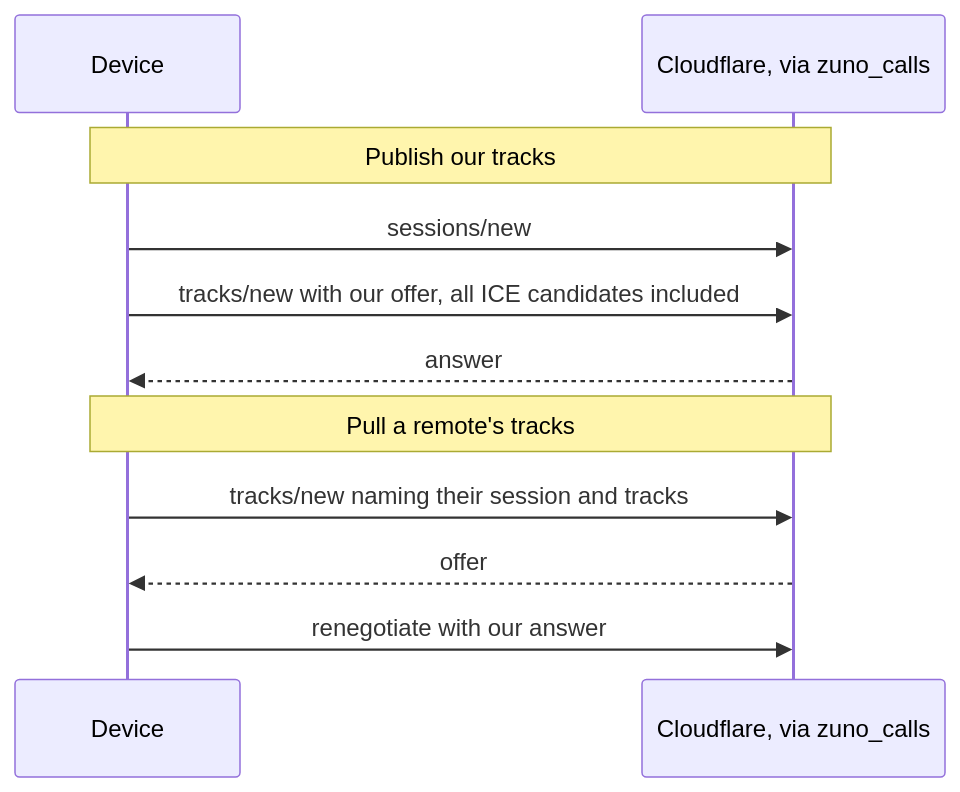
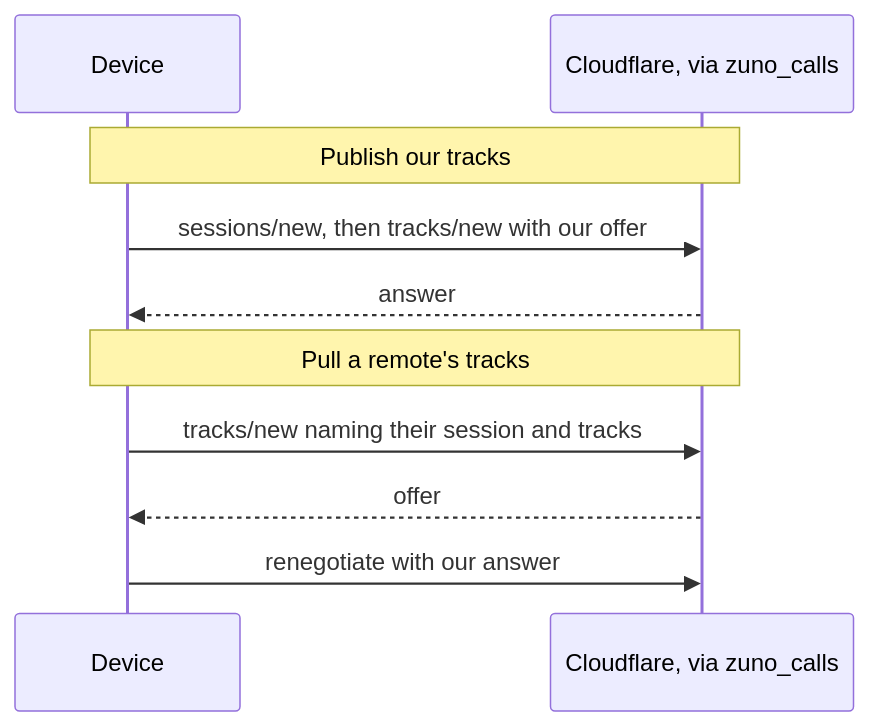
One commit to Zuno-Chat/zuno-chat changed the third of 4 diagrams in docs/features/calls.md. Above: the diagram before and after it, drawn with Mermaid. The commit also changed other lines of this file and 17 other files, not shown here.

````diff
--- a/docs/features/calls.md
+++ b/docs/features/calls.md
@@ -129,13 +104,12 @@
 ```mermaid
 sequenceDiagram
   participant D as Device
   participant C as Cloudflare, via zuno_calls
   Note over D,C: Publish our tracks
-  D->>C: sessions/new
-  D->>C: tracks/new with our offer, all ICE candidates included
+  D->>C: sessions/new, then tracks/new with our offer
   C-->>D: answer
   Note over D,C: Pull a remote's tracks
   D->>C: tracks/new naming their session and tracks
   C-->>D: offer
   D->>C: renegotiate with our answer
 ```
````
